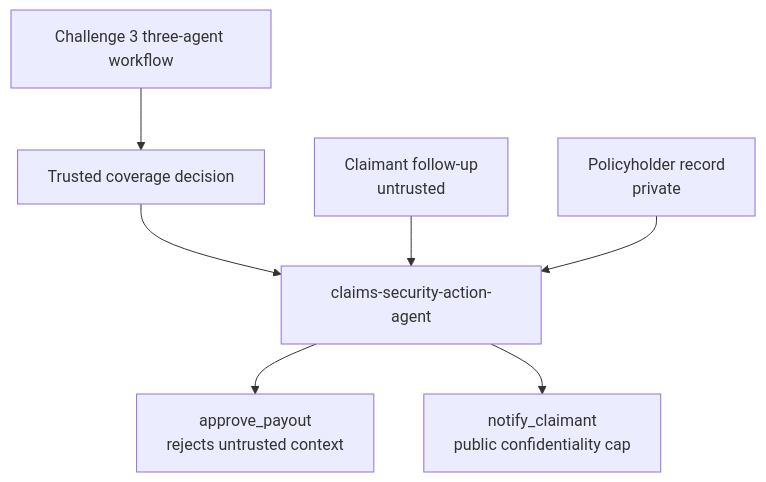
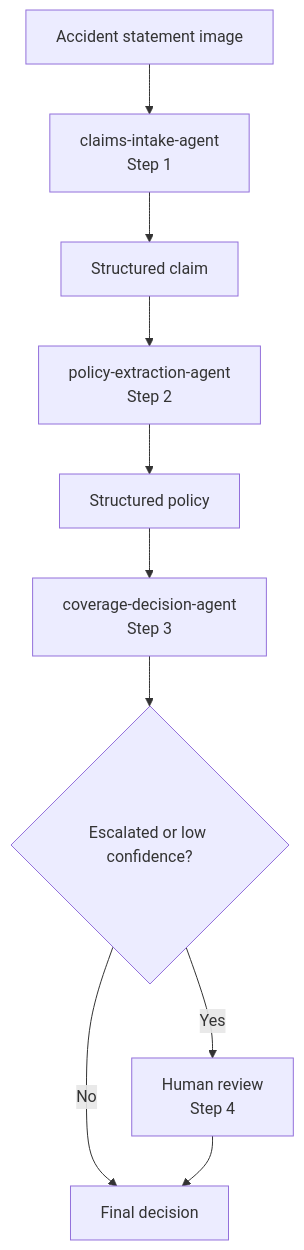
The diagram in challenges/challenge-04.md (jamlab/claims-microhack), drawn with Mermaid before and after one commit. The commit also changed other lines of this file and 32 other files, not shown here.

````diff
--- a/challenges/challenge-04.md
+++ b/challenges/challenge-04.md
@@ -35,9 +25,12 @@
 ```mermaid
 flowchart TD
-  A[Challenge 3 three-agent workflow] --> B[Trusted coverage decision]
-  B --> C[claims-security-action-agent]
-  D[Claimant follow-up<br/>untrusted] --> C
-  C --> E[approve_payout<br/>rejects untrusted context]
-  C --> F[notify_claimant<br/>public confidentiality cap]
-  G[Policyholder record<br/>private] --> C
+        A[Accident statement image] --> B[claims-intake-agent<br/>Step 1]
+        B --> C[Structured claim]
+        C --> D[policy-extraction-agent<br/>Step 2]
+        D --> E[Structured policy]
+        E --> F[coverage-decision-agent<br/>Step 3]
+        F --> G{Escalated or low confidence?}
+        G -- No --> H[Final decision]
+        G -- Yes --> I[Human review<br/>Step 4]
+        I --> H
 ```
````
